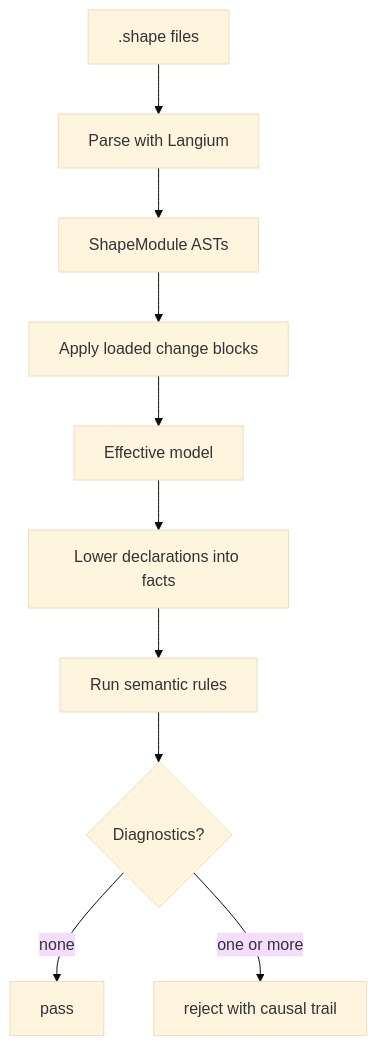
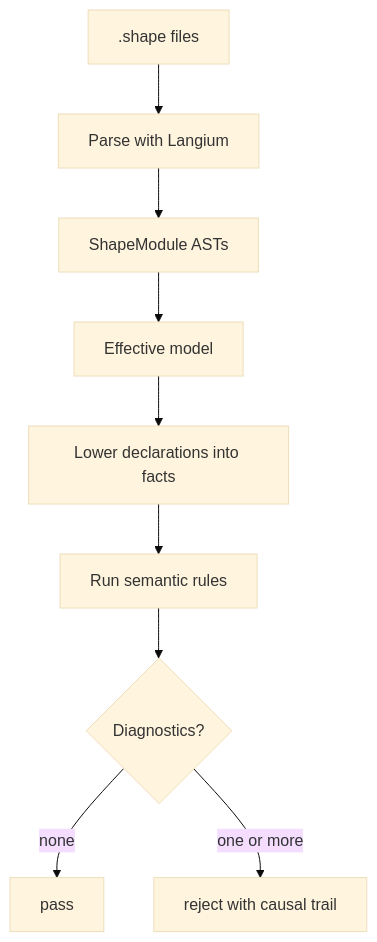
Before and after one commit to timbrinded/shapelang: the first of 3 diagrams in docs-site/src/content/docs/inside-shape/checker-pipeline.md, drawn with Mermaid (base theme). The commit also changed other lines of this file and 27 other files, not shown here.

````diff
--- a/docs-site/src/content/docs/inside-shape/checker-pipeline.md
+++ b/docs-site/src/content/docs/inside-shape/checker-pipeline.md
@@ -14,12 +14,11 @@
 ```mermaid
 flowchart TD
   A[".shape files"] --> B["Parse with Langium"]
   B --> C["ShapeModule ASTs"]
-  C --> D["Apply loaded change blocks"]
-  D --> E["Effective model"]
+  C --> E["Effective model"]
   E --> F["Lower declarations into facts"]
   F --> G["Run semantic rules"]
   G --> H{"Diagnostics?"}
   H -->|"none"| I["pass"]
   H -->|"one or more"| J["reject with causal trail"]
 ```
````
